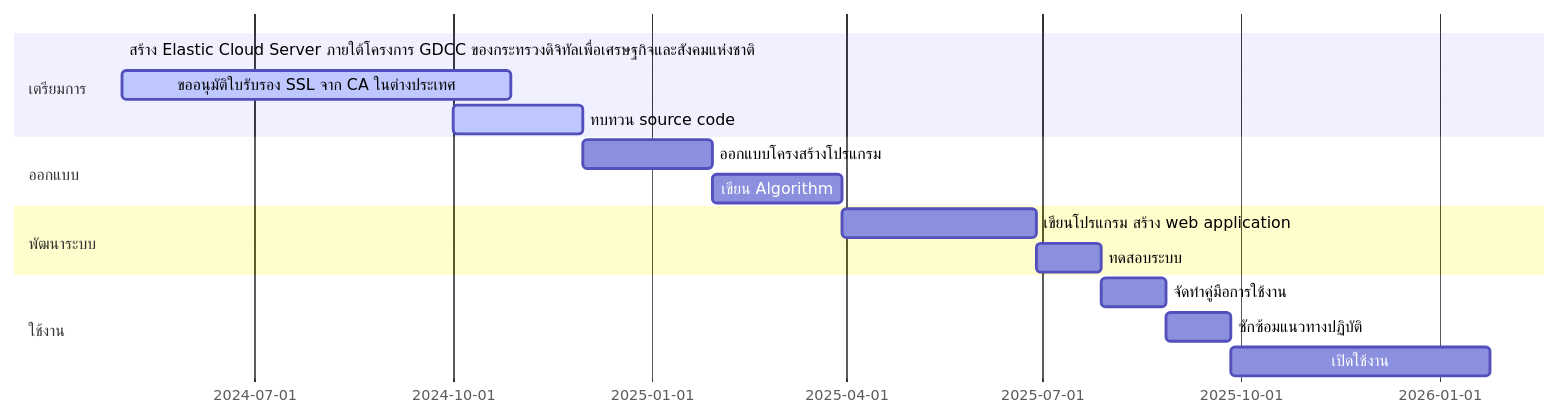
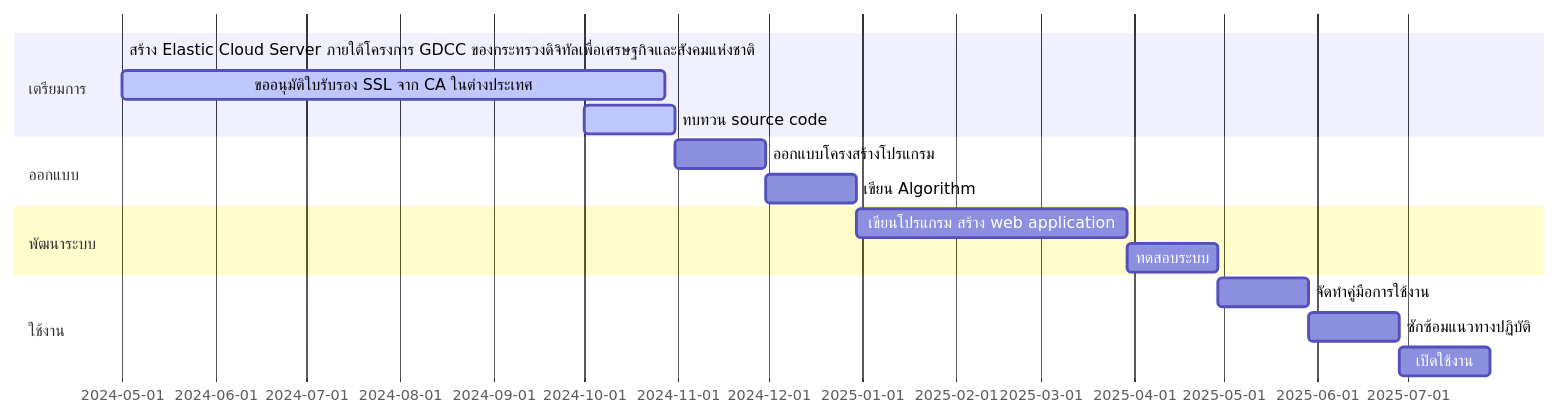
One commit to Kietpawpan/e-tracking changed the first of 2 diagrams in README.md. Above: the diagram before and after it, drawn with Mermaid.

````diff
--- a/README.md
+++ b/README.md
@@ -10,19 +10,19 @@
 ```mermaid
 gantt
     section เตรียมการ
     สร้าง Elastic Cloud Server ภายใต้โครงการ GDCC ของกระทรวงดิจิทัลเพื่อเศรษฐกิจและสังคมแห่งชาติ :done,    des1, 2024-05-01,2024-05-30
     ขออนุมัติใบรับรอง SSL จาก CA ในต่างประเทศ        :active, des2, after des1, 180d
-    ทบทวน source code  :   active, des3, 2024-10-01, 60d
+    ทบทวน source code  :   active, des3, 2024-10-01, 30d
     section ออกแบบ
-    ออกแบบโครงสร้างโปรแกรม  :         des4, after des3, 60d
-    เขียน Algorithm:   des5, after des4, 60d
+    ออกแบบโครงสร้างโปรแกรม  :         des4, after des3, 30d
+    เขียน Algorithm:   des5, after des4, 30d
     section พัฒนาระบบ
     เขียนโปรแกรม สร้าง web application  :  des6, after des5, 90d
     ทดสอบระบบ:des7, after des6, 30d
    section ใช้งาน
     จัดทำคู่มือการใช้งาน   :         des8, after des7, 30d
     ซักซ้อมแนวทางปฏิบัติ   :         des9, after des8, 30d
-      เปิดใช้งาน: des10, after des9, 120d
+      เปิดใช้งาน: des10, after des9, 30d
 
 
 ```
````
